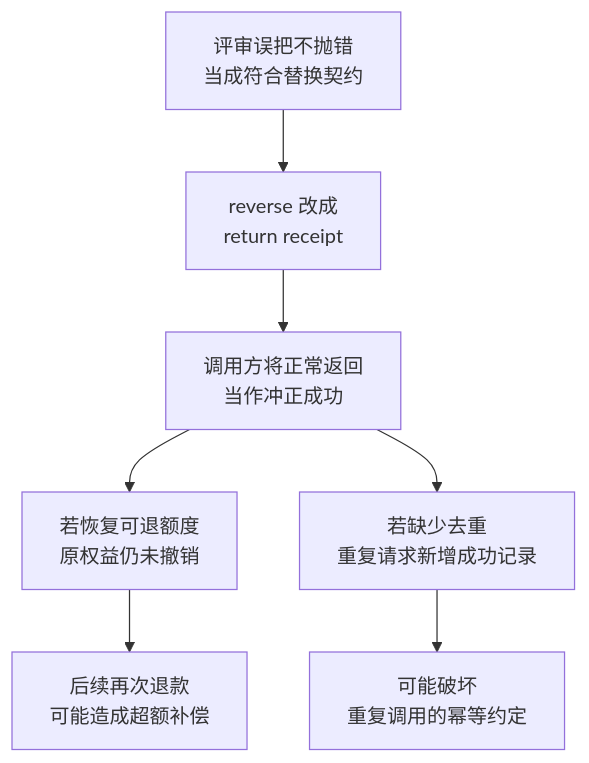
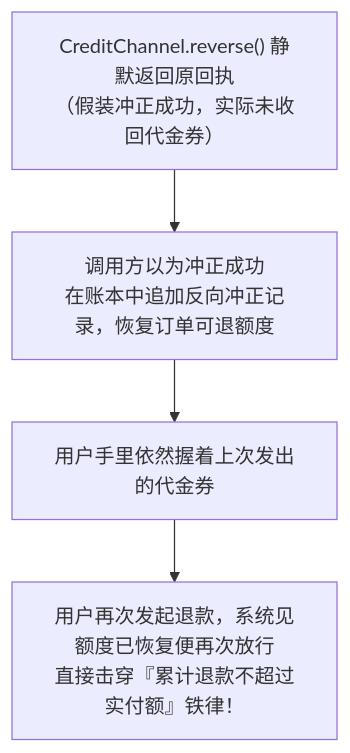
One commit to ffzz/blog changed the first of 2 diagrams in src/content/notes/zh/liskov-what-the-signature-does-not-check.md. Above: the diagram before and after it, drawn with Mermaid. The commit also changed other lines of this file and 16 other files, not shown here.

````diff
--- a/src/content/notes/zh/liskov-what-the-signature-does-not-check.md
+++ b/src/content/notes/zh/liskov-what-the-signature-does-not-check.md
@@ -198,9 +144,6 @@
 ```mermaid
 flowchart TB
-    A["评审误把不抛错<br/>当成符合替换契约"] --> B["reverse 改成<br/>return receipt"]
-    B --> C["调用方将正常返回<br/>当作冲正成功"]
-    C --> D["若恢复可退额度<br/>原权益仍未撤销"]
-    C --> E["若缺少去重<br/>重复请求新增成功记录"]
-    D --> F["后续再次退款<br/>可能造成超额补偿"]
-    E --> G["可能破坏<br/>重复调用的幂等约定"]
+    A["CreditChannel.reverse() 静默返回原回执<br/>（假装冲正成功，实际未收回代金券）"] --> B["调用方以为冲正成功<br/>在账本中追加反向冲正记录，恢复订单可退额度"]
+    B --> C["用户手里依然握着上次发出的代金券"]
+    C --> D["用户再次发起退款，系统见额度已恢复便再次放行<br/>直接击穿『累计退款不超过实付额』铁律！"]
 ```
````
